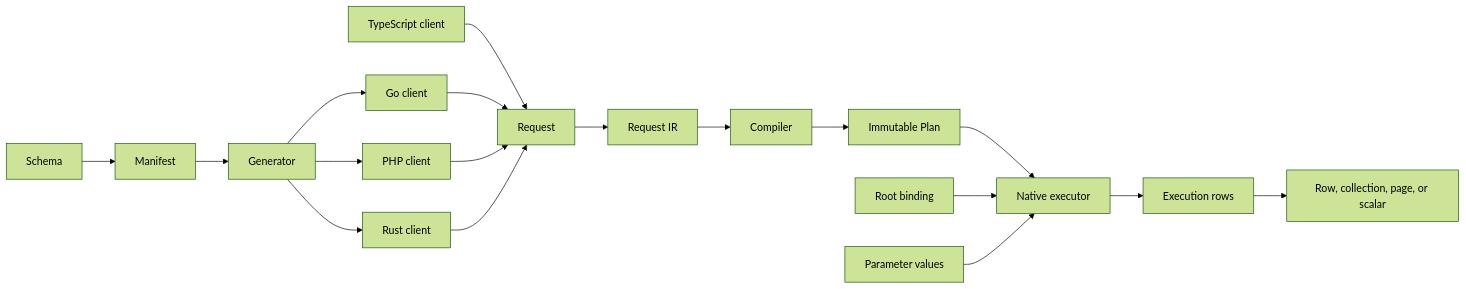
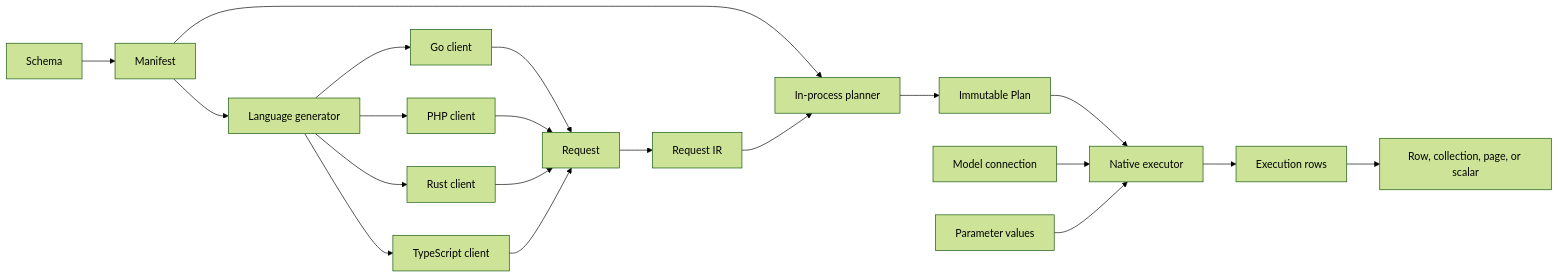
Before and after one commit to polyspec/orm: the first of 9 diagrams in docs/interfaces.md, drawn with Mermaid (forest theme). The commit also changed other lines of this file and 563 other files, not shown here.

First line of the commit message:
feat: native ORM clients for Go, PHP, Rust, and TypeScript

````diff
--- a/docs/interfaces.md
+++ b/docs/interfaces.md
@@ -13,20 +13,22 @@
 ```mermaid
 flowchart LR
     Schema[Schema] --> Manifest[Manifest]
-    Manifest --> Generator[Generator]
+    Manifest --> Generator[Language generator]
     Generator --> Go[Go client]
     Generator --> PHP[PHP client]
     Generator --> Rust[Rust client]
-    TypeScript[TypeScript client] --> Request[Request]
-    Go --> Request
+    Generator --> TypeScript[TypeScript client]
+    Go --> Request[Request]
     PHP --> Request
     Rust --> Request
+    TypeScript --> Request
     Request --> IR[Request IR]
-    IR --> Compiler[Compiler]
-    Compiler --> Plan[Immutable Plan]
+    Manifest --> Planner[In-process planner]
+    IR --> Planner
+    Planner --> Plan[Immutable Plan]
     Plan --> Executor[Native executor]
-    Binding[Root binding] --> Executor
+    Binding[Model connection] --> Executor
     Values[Parameter values] --> Executor
     Executor --> Rows[Execution rows]
     Rows --> Result[Row, collection, page, or scalar]
 ```
````
